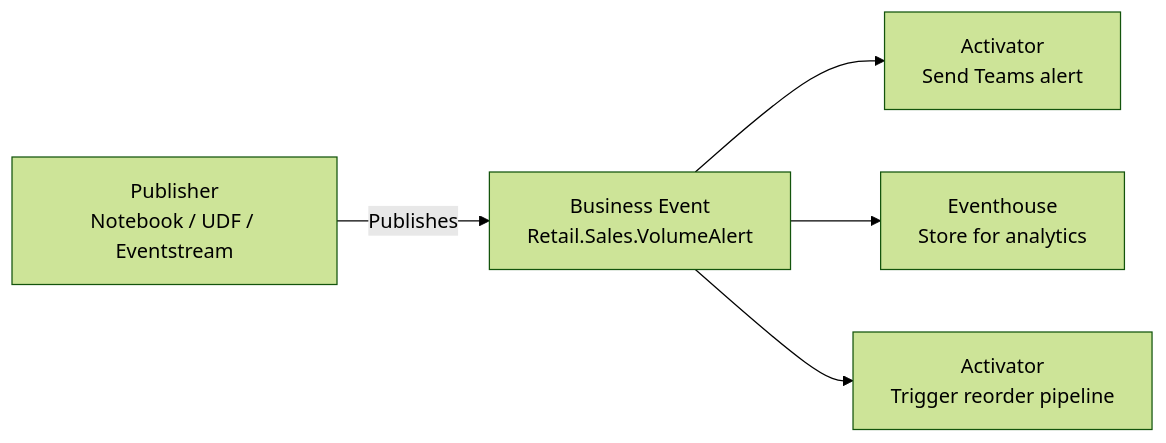
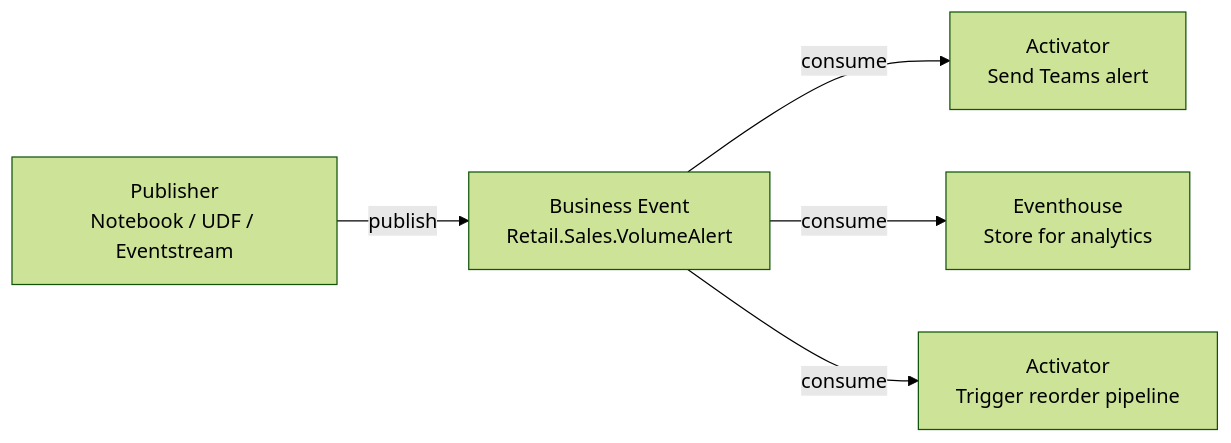
One commit to microsoft/fabric-events changed the first of 4 diagrams in docs/business-events/design-guides/multi-consumer-fanout.md. Above: the diagram before and after it, drawn with Mermaid (forest theme). The commit also changed other lines of this file and 6 other files, not shown here.

````diff
--- a/docs/business-events/design-guides/multi-consumer-fanout.md
+++ b/docs/business-events/design-guides/multi-consumer-fanout.md
@@ -7,7 +7,7 @@
 ```mermaid
 flowchart LR
-    P[Publisher\nNotebook / UDF / Eventstream] -->|Publishes| BE[Business Event\nRetail.Sales.VolumeAlert]
-    BE --> A[Activator\nSend Teams alert]
-    BE --> B[Eventhouse\nStore for analytics]
-    BE --> C[Activator\nTrigger reorder pipeline]
+    P[Publisher\nNotebook / UDF / Eventstream] -->|publish| BE[Business Event\nRetail.Sales.VolumeAlert]
+    BE -->|consume| A[Activator\nSend Teams alert]
+    BE -->|consume| B[Eventhouse\nStore for analytics]
+    BE -->|consume| C[Activator\nTrigger reorder pipeline]
 ```
````
